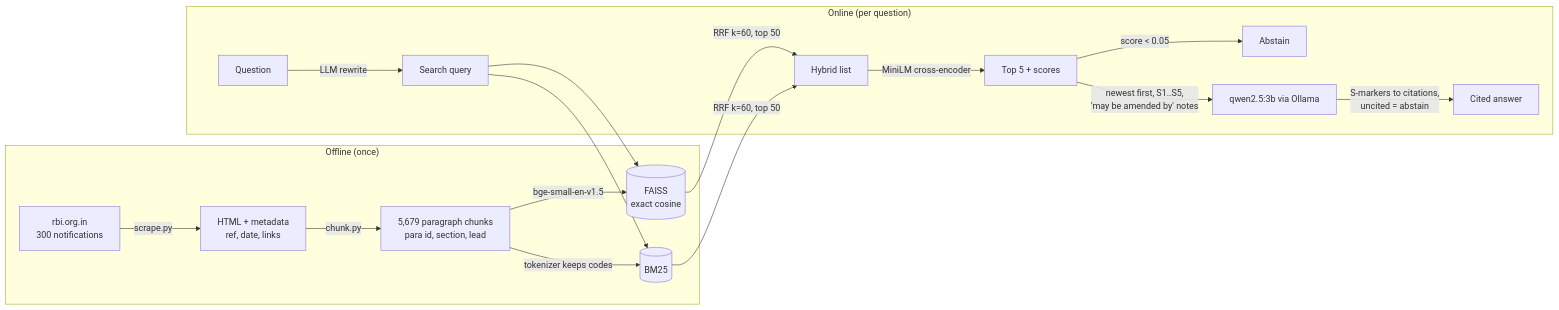
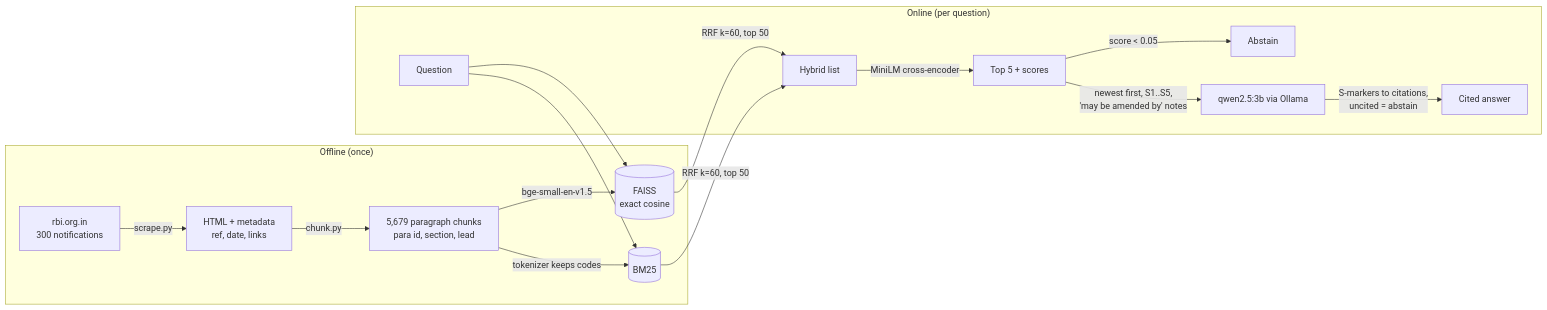
One commit to shingaladeep23-gif/CircularIQ changed the diagram in README.md. Above: the diagram before and after it, drawn with Mermaid. The commit also changed other lines of this file and 15 other files, not shown here.

````diff
--- a/README.md
+++ b/README.md
@@ -15,18 +21,17 @@
 ```mermaid
 flowchart LR
   subgraph Offline["Offline (once)"]
     A[rbi.org.in<br/>300 notifications] -->|scrape.py| B[HTML + metadata<br/>ref, date, links]
     B -->|chunk.py| C[5,679 paragraph chunks<br/>para id, section, lead]
     C -->|bge-small-en-v1.5| D[(FAISS<br/>exact cosine)]
     C -->|tokenizer keeps codes| E[(BM25)]
   end
   subgraph Online["Online (per question)"]
-    Q[Question] -->|LLM rewrite| R[Search query]
-    R --> D & E
+    Q[Question] --> D & E
     D & E -->|RRF k=60, top 50| F[Hybrid list]
     F -->|MiniLM cross-encoder| G[Top 5 + scores]
     G -->|score < 0.05| X[Abstain]
     G -->|newest first, S1..S5,<br/>'may be amended by' notes| L[qwen2.5:3b via Ollama]
     L -->|S-markers to citations,<br/>uncited = abstain| ANS[Cited answer]
   end
 ```
````
